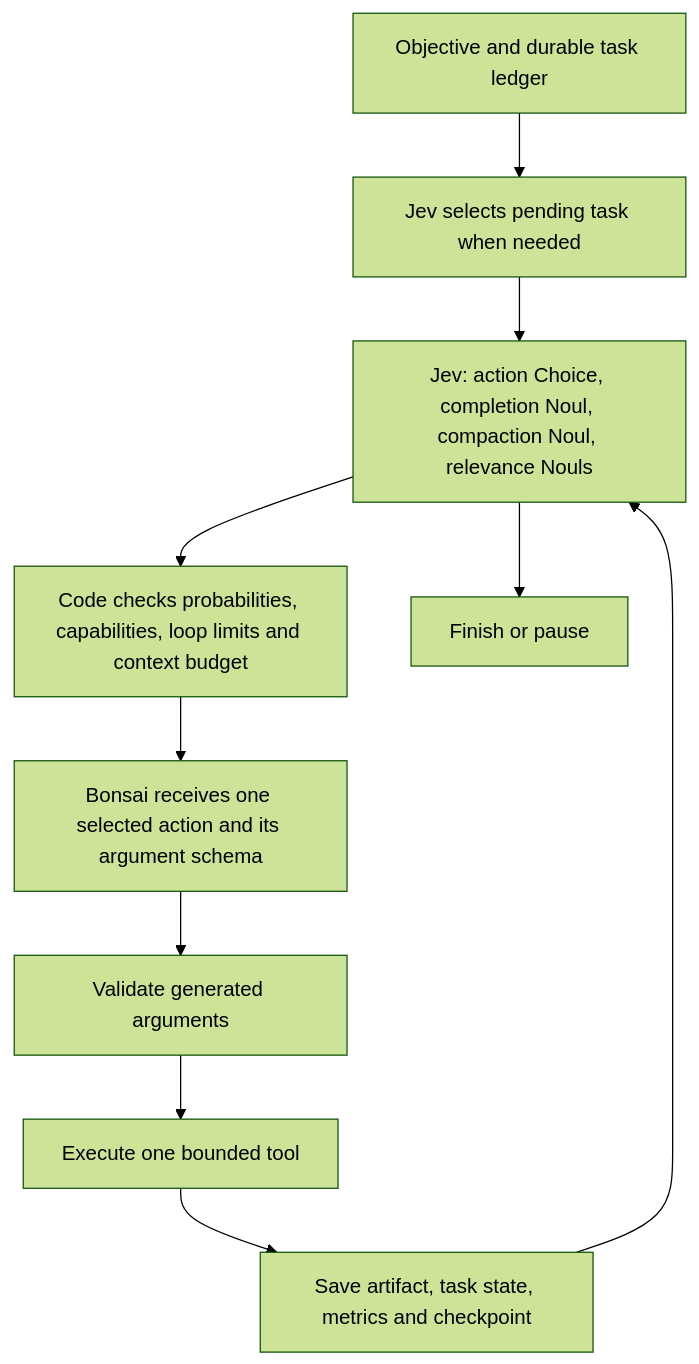
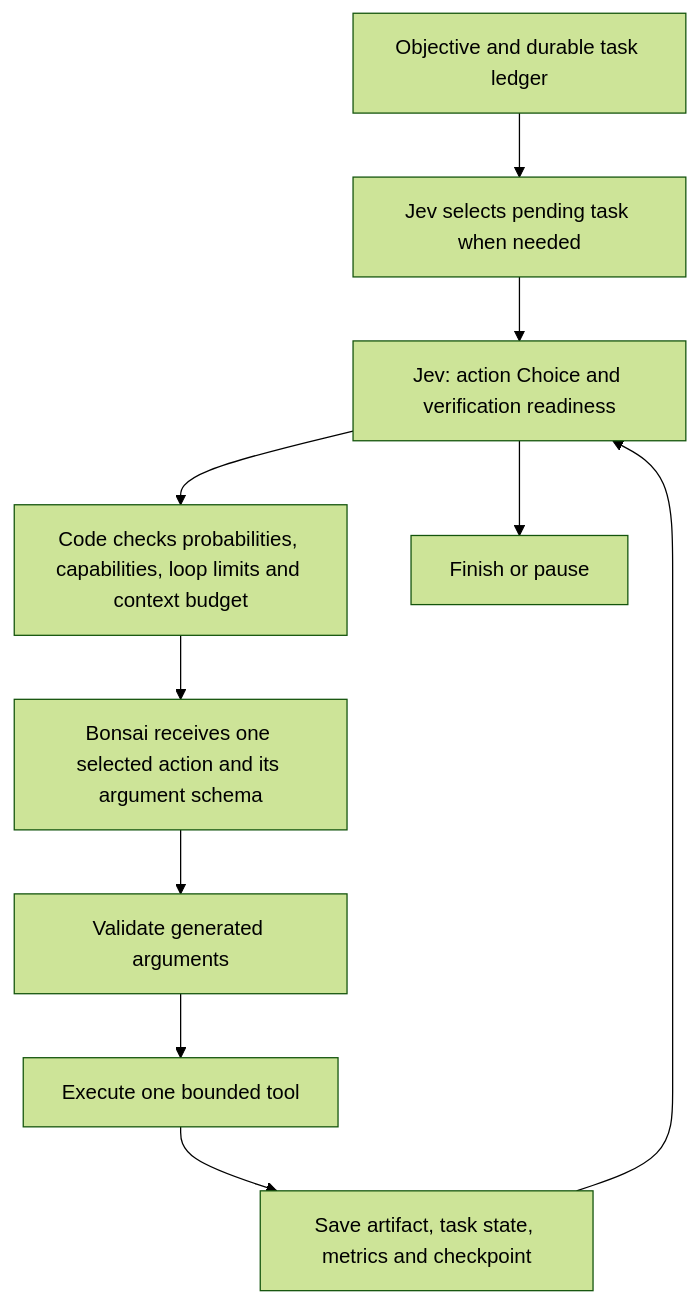
One commit to IvanCaceres/leana changed the diagram in README.md. Above: the diagram before and after it, drawn with Mermaid (forest theme). The commit also changed other lines of this file and 6 other files, not shown here.

````diff
--- a/README.md
+++ b/README.md
@@ -40,12 +40,12 @@
 ```mermaid
 flowchart TD
     A[Objective and durable task ledger] --> B[Jev selects pending task when needed]
-    B --> C[Jev: action Choice, completion Noul, compaction Noul, relevance Nouls]
+    B --> C[Jev: action Choice and verification readiness]
     C --> D[Code checks probabilities, capabilities, loop limits and context budget]
     D --> E[Bonsai receives one selected action and its argument schema]
     E --> F[Validate generated arguments]
     F --> G[Execute one bounded tool]
     G --> H[Save artifact, task state, metrics and checkpoint]
     H --> C
     C --> I[Finish or pause]
 ```
````
